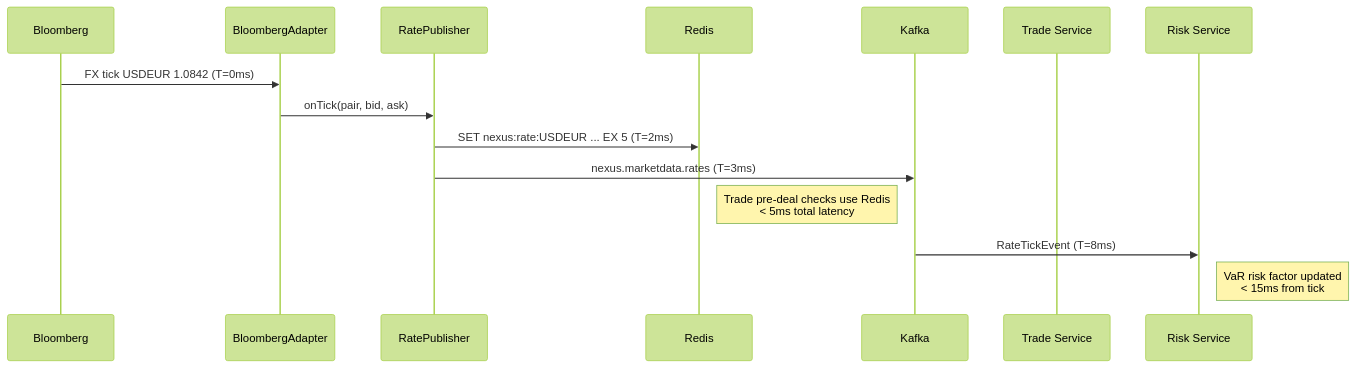
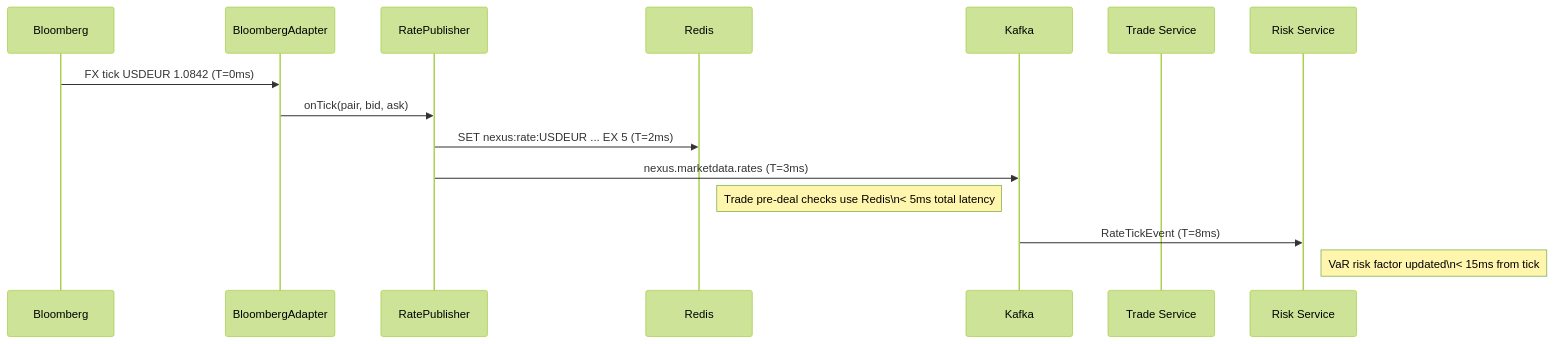
The second of 2 diagrams in docs/architecture/c4/03-components-market-data.md (manassehkafoh/nexustreasury), drawn with Mermaid (forest theme) before and after one commit. The commit also changed 5 other files, not shown here.

````diff
--- a/docs/architecture/c4/03-components-market-data.md
+++ b/docs/architecture/c4/03-components-market-data.md
@@ -81,18 +81,18 @@
 ```mermaid
 sequenceDiagram
   participant Bloomberg
   participant Adapter as BloombergAdapter
   participant Publisher as RatePublisher
   participant Redis
   participant Kafka
   participant TradeSvc as Trade Service
   participant RiskSvc as Risk Service
 
   Bloomberg->>Adapter: FX tick USDEUR 1.0842 (T=0ms)
   Adapter->>Publisher: onTick(pair, bid, ask)
   Publisher->>Redis: SET nexus:rate:USDEUR ... EX 5 (T=2ms)
   Publisher->>Kafka: nexus.marketdata.rates (T=3ms)
-  Note right of Redis: Trade pre-deal checks use Redis<br/>< 5ms total latency
+  Note right of Redis: Trade pre-deal checks use Redis\n< 5ms total latency
   Kafka->>RiskSvc: RateTickEvent (T=8ms)
-  Note right of RiskSvc: VaR risk factor updated<br/>< 15ms from tick
+  Note right of RiskSvc: VaR risk factor updated\n< 15ms from tick
 ```
````
